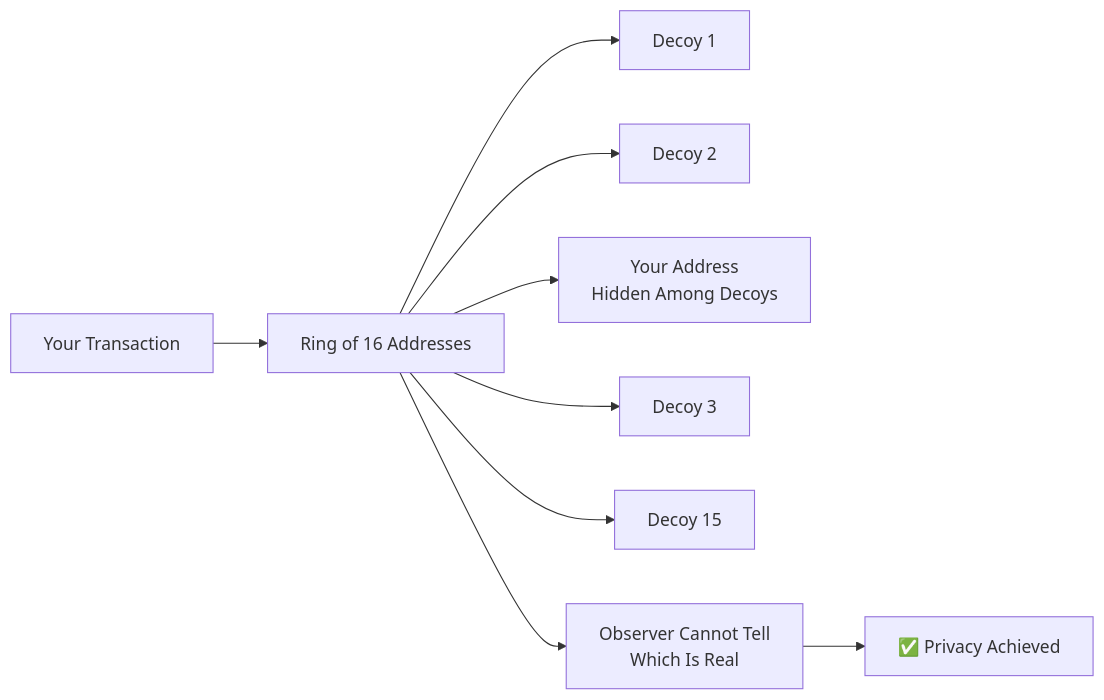
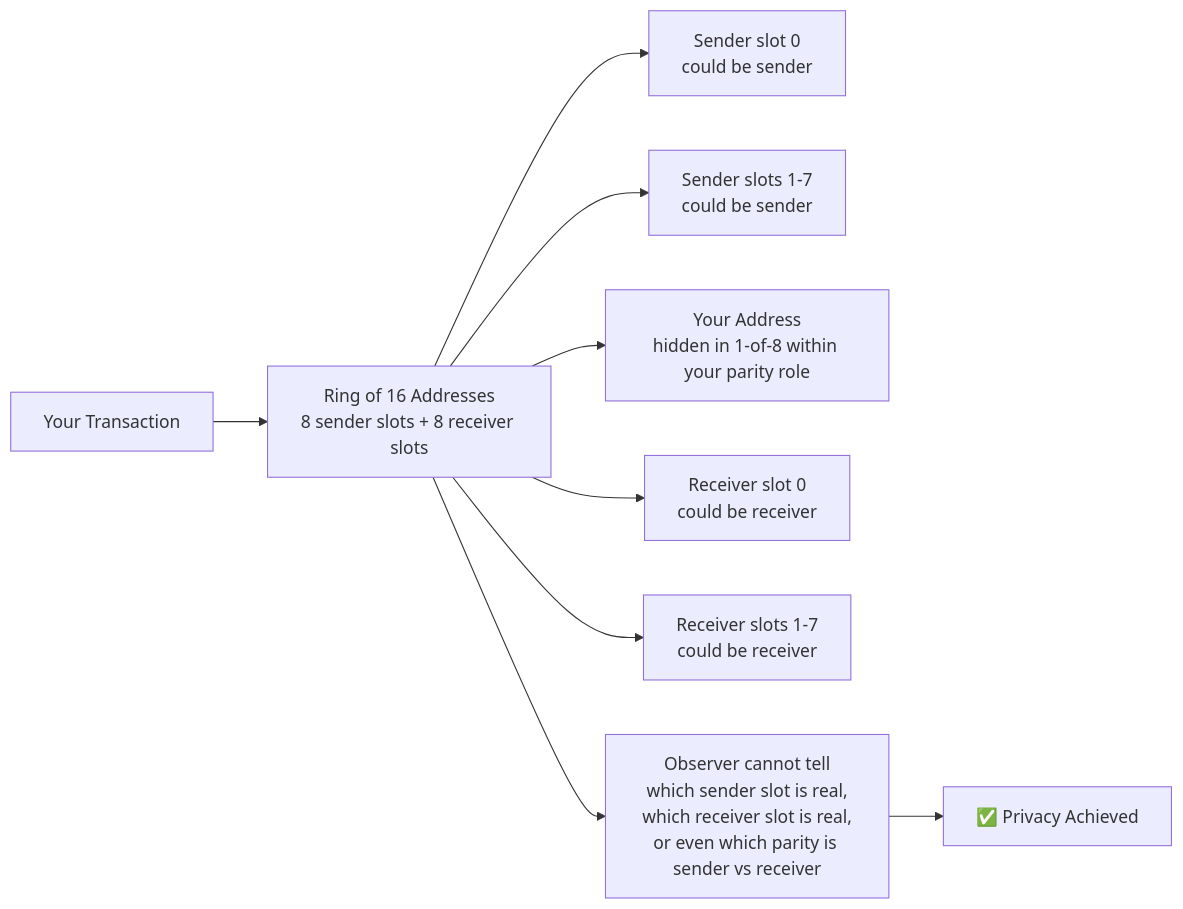
The first of 3 diagrams in derod-main/pages/privacy/payload-proofs.mdx (DHEBP/dero-docs), drawn with Mermaid before and after one commit. The commit also changed other lines of this file and 18 other files, not shown here.

````diff
--- a/derod-main/pages/privacy/payload-proofs.mdx
+++ b/derod-main/pages/privacy/payload-proofs.mdx
@@ -31,12 +35,12 @@
 ```mermaid
 graph LR
-    U[Your Transaction] --> R[Ring of 16 Addresses]
-    R --> D1[Decoy 1]
-    R --> D2[Decoy 2]
-    R --> YOU[Your Address<br/>Hidden Among Decoys]
-    R --> D3[Decoy 3]
-    R --> D4[Decoy 15]
+    U[Your Transaction] --> R[Ring of 16 Addresses<br/>8 sender slots + 8 receiver slots]
+    R --> S0[Sender slot 0<br/>could be sender]
+    R --> S1[Sender slots 1-7<br/>could be sender]
+    R --> YOU[Your Address<br/>hidden in 1-of-8 within your parity role]
+    R --> R0[Receiver slot 0<br/>could be receiver]
+    R --> R1[Receiver slots 1-7<br/>could be receiver]
     
-    R --> P[Observer Cannot Tell<br/>Which Is Real]
+    R --> P[Observer cannot tell<br/>which sender slot is real,<br/>which receiver slot is real,<br/>or even which parity is sender vs receiver]
     P --> PR[✅ Privacy Achieved]
 ```
````
